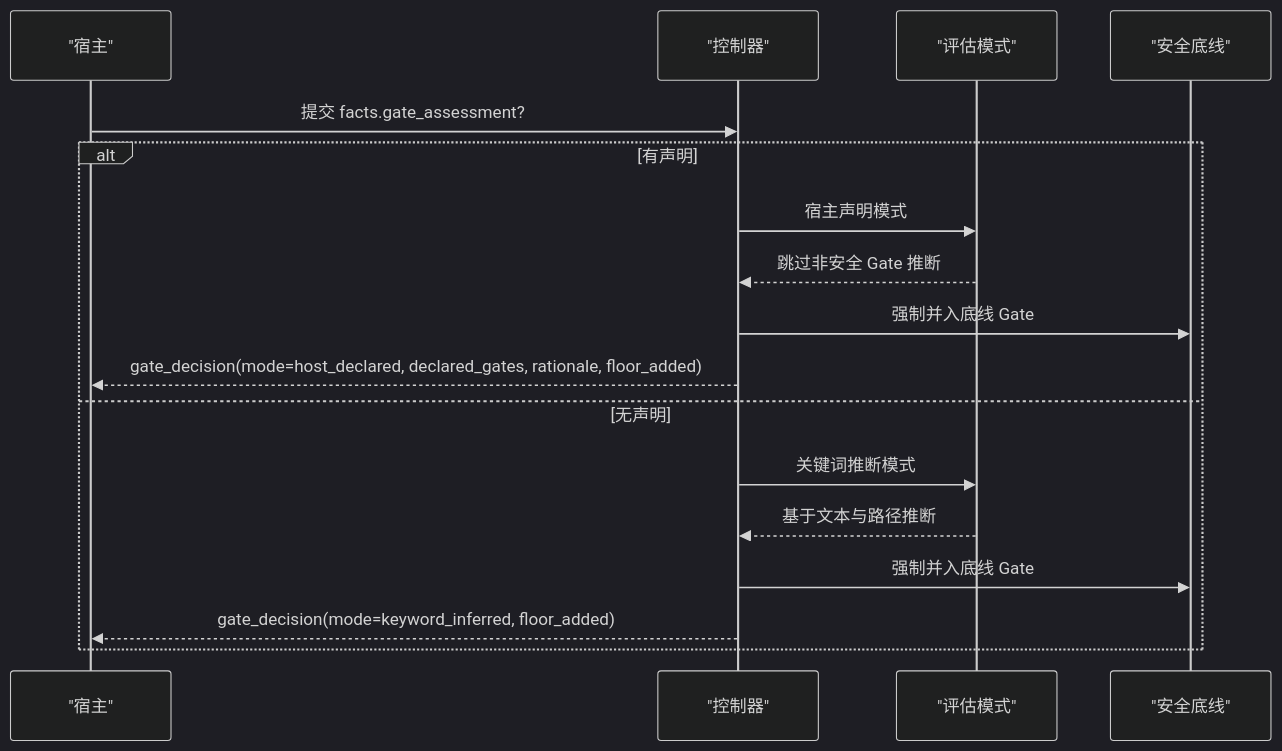
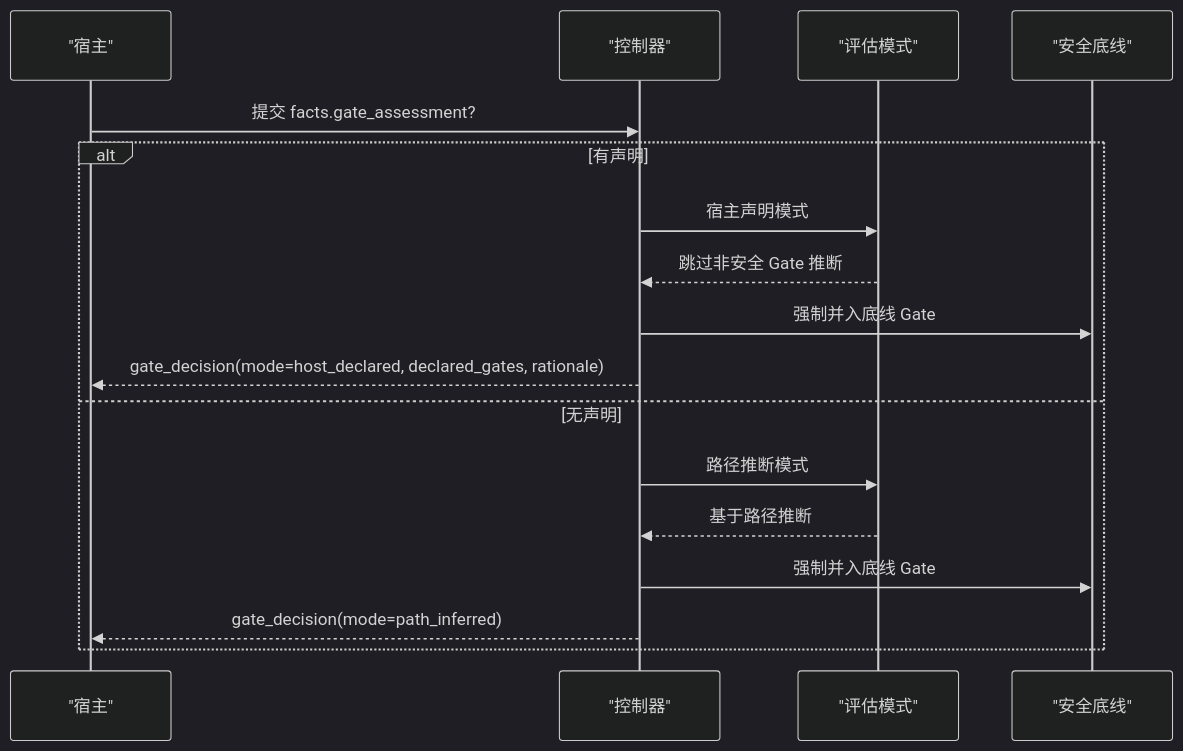
The fifth of 8 diagrams in .qoder/repowiki/zh/content/核心概念/风险门控系统/风险门控系统.md (HackSing/docs-harness), drawn with Mermaid (dark theme) before and after one commit. The commit also changed other lines of this file and 26 other files, not shown here.

````diff
--- a/.qoder/repowiki/zh/content/核心概念/风险门控系统/风险门控系统.md
+++ b/.qoder/repowiki/zh/content/核心概念/风险门控系统/风险门控系统.md
@@ -162,19 +164,19 @@
 ```mermaid
 sequenceDiagram
 participant Host as "宿主"
 participant Controller as "控制器"
 participant Mode as "评估模式"
 participant Floor as "安全底线"
 Host->>Controller : 提交 facts.gate_assessment?
 alt 有声明
 Controller->>Mode : 宿主声明模式
 Mode-->>Controller : 跳过非安全 Gate 推断
 Controller->>Floor : 强制并入底线 Gate
-Controller-->>Host : gate_decision(mode=host_declared, declared_gates, rationale, floor_added)
+Controller-->>Host : gate_decision(mode=host_declared, declared_gates, rationale)
 else 无声明
-Controller->>Mode : 关键词推断模式
-Mode-->>Controller : 基于文本与路径推断
+Controller->>Mode : 路径推断模式
+Mode-->>Controller : 基于路径推断
 Controller->>Floor : 强制并入底线 Gate
-Controller-->>Host : gate_decision(mode=keyword_inferred, floor_added)
+Controller-->>Host : gate_decision(mode=path_inferred)
 end
 ```
````
